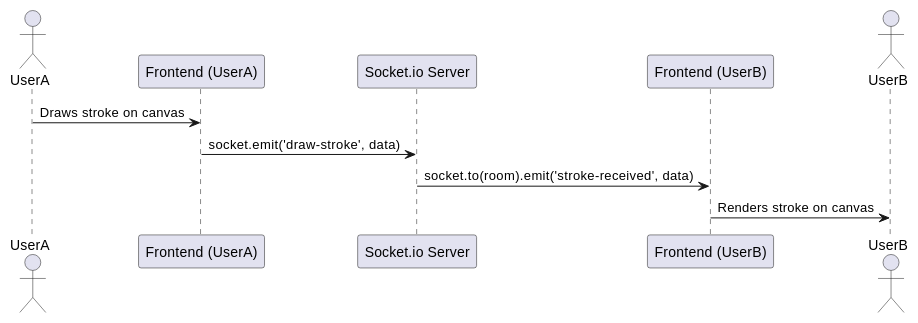
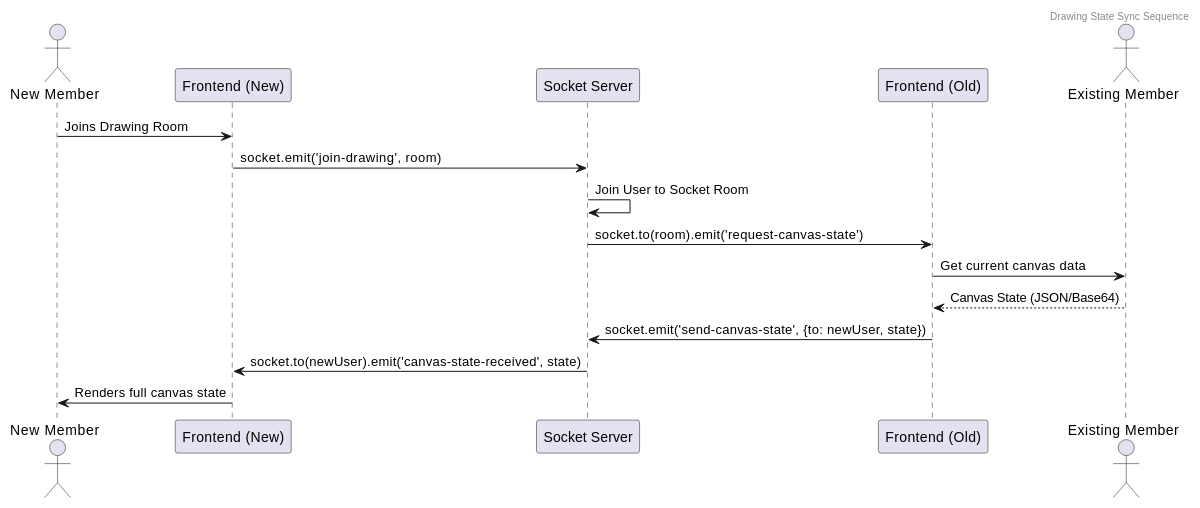
Before and after one commit to BleakRed/notion-clone-project: the seventh of 12 diagrams in Document.md, drawn with PlantUML. The commit also changed other lines of this file and 7 other files, not shown here.

````diff
--- a/Document.md
+++ b/Document.md
@@ -97,14 +670,20 @@
 ```plantuml
 @startuml
-actor UserA
-participant "Frontend (UserA)" as ClientA
-participant "Socket.io Server" as Server
-participant "Frontend (UserB)" as ClientB
-actor UserB
+header Drawing State Sync Sequence
+actor "New Member" as New
+participant "Frontend (New)" as CNew
+participant "Socket Server" as SS
+participant "Frontend (Old)" as COld
+actor "Existing Member" as Old
 
-UserA -> ClientA: Draws stroke on canvas
-ClientA -> Server: socket.emit('draw-stroke', data)
-Server -> ClientB: socket.to(room).emit('stroke-received', data)
-ClientB -> UserB: Renders stroke on canvas
+New -> CNew: Joins Drawing Room
+CNew -> SS: socket.emit('join-drawing', room)
+SS -> SS: Join User to Socket Room
+SS -> COld: socket.to(room).emit('request-canvas-state')
+COld -> Old: Get current canvas data
+Old --> COld: Canvas State (JSON/Base64)
+COld -> SS: socket.emit('send-canvas-state', {to: newUser, state})
+SS -> CNew: socket.to(newUser).emit('canvas-state-received', state)
+CNew -> New: Renders full canvas state
 @enduml
 ```
````
